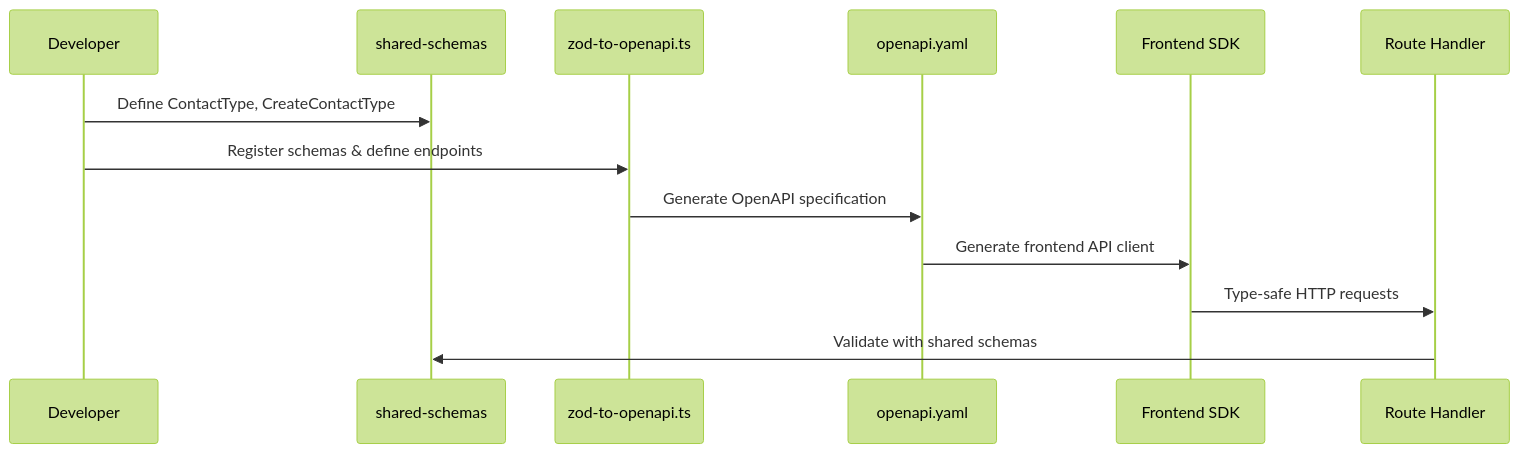
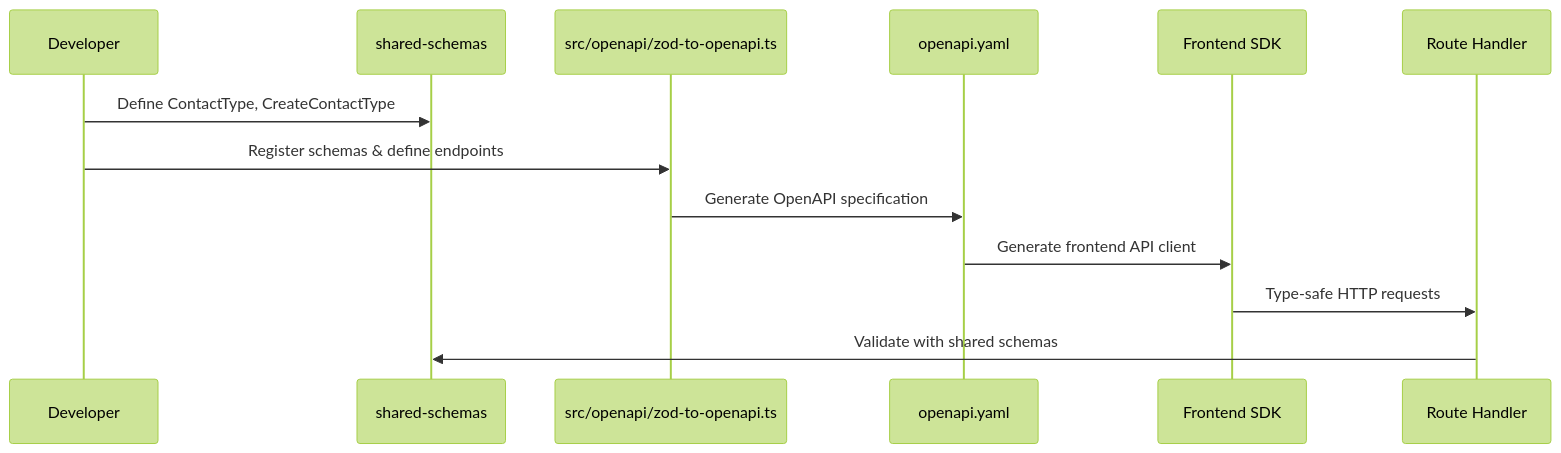
The second of 6 diagrams in draco-nodejs/backend/BACKEND_ARCHITECTURE.md (rwalker123/draco), drawn with Mermaid (forest theme) before and after one commit. The commit also changed other lines of this file and 16 other files, not shown here.

Commit message:
break up zod-to-openapi file to smaller files

````diff
--- a/draco-nodejs/backend/BACKEND_ARCHITECTURE.md
+++ b/draco-nodejs/backend/BACKEND_ARCHITECTURE.md
@@ -233,16 +233,16 @@
 ```mermaid
 sequenceDiagram
     participant Dev as Developer
     participant Schema as shared-schemas
-    participant OpenAPI as zod-to-openapi.ts
+    participant OpenAPI as src/openapi/zod-to-openapi.ts
     participant Spec as openapi.yaml
     participant SDK as Frontend SDK
     participant Route as Route Handler
 
     Dev->>Schema: Define ContactType, CreateContactType
     Dev->>OpenAPI: Register schemas & define endpoints
     OpenAPI->>Spec: Generate OpenAPI specification
     Spec->>SDK: Generate frontend API client
     SDK->>Route: Type-safe HTTP requests
     Route->>Schema: Validate with shared schemas
 ```
````
